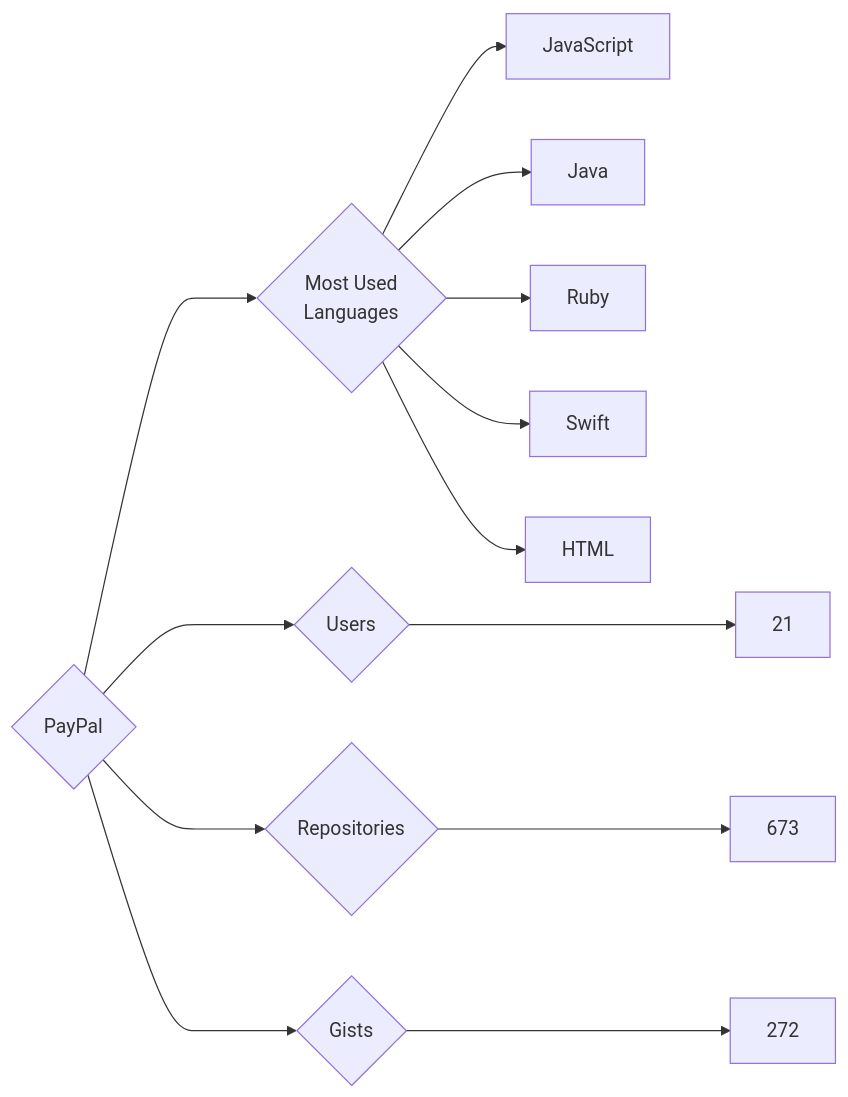
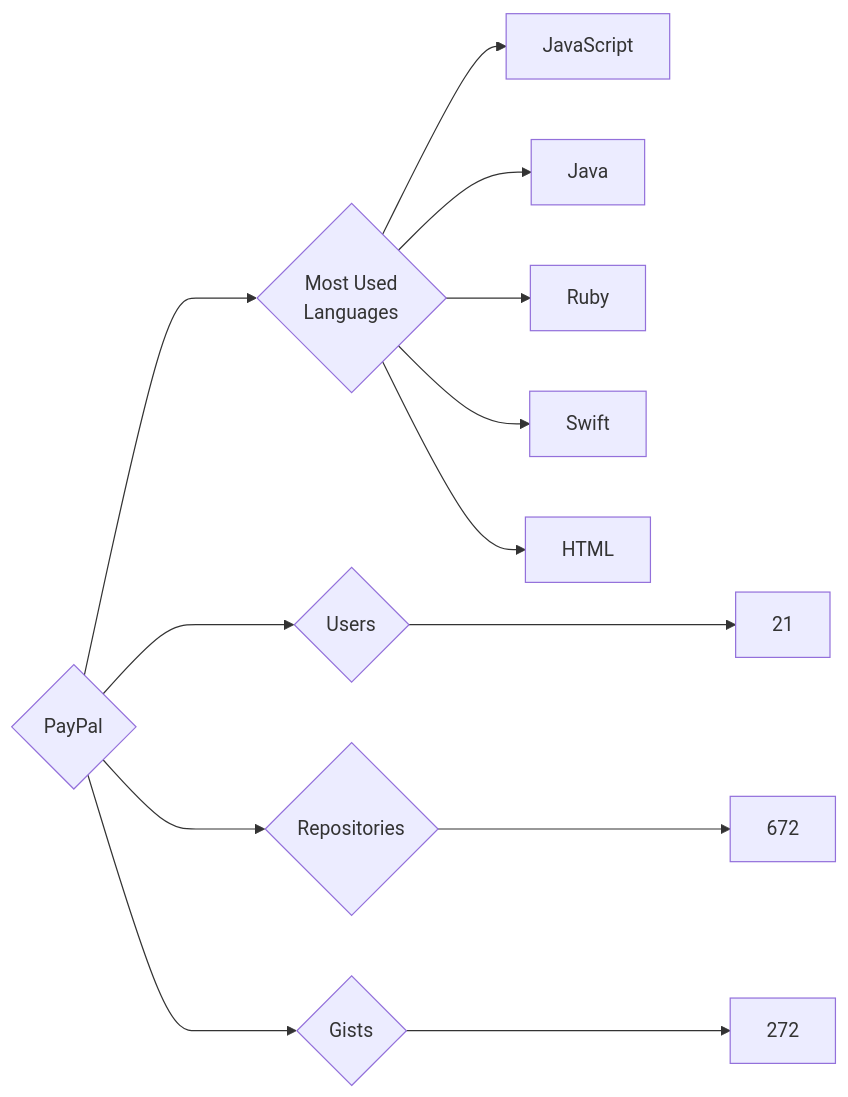
Before and after one commit to trickest/insiders: the diagram in targets/PayPal/README.md, drawn with Mermaid. The commit also changed 799 other files, not shown here.

````diff
--- a/targets/PayPal/README.md
+++ b/targets/PayPal/README.md
@@ -3,13 +3,13 @@
 ```mermaid
 graph LR
 COMPANY_NAME{PayPal}
 COMPANY_NAME ---> U{Users} ---> UN[21]
-COMPANY_NAME ---> R{Repositories} ---> RN[673]
+COMPANY_NAME ---> R{Repositories} ---> RN[672]
 COMPANY_NAME ---> G{Gists} ---> GN[272]
 COMPANY_NAME ---> ML{Most Used<br>Languages}
 ML --> JavaScript[JavaScript]
 ML --> Java[Java]
 ML --> Ruby[Ruby]
 ML --> Swift[Swift]
 ML --> HTML[HTML]
 ```
````
